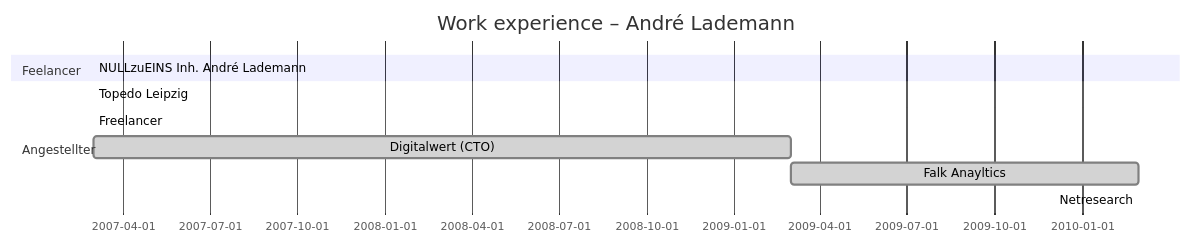
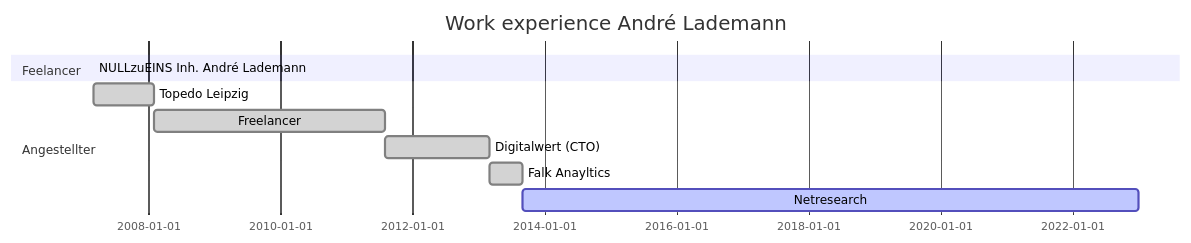
One commit to vergissberlin/vergissberlin changed the diagram in README.md. Above: the diagram before and after it, drawn with Mermaid.

````diff
--- a/README.md
+++ b/README.md
@@ -92,16 +92,15 @@
 ```mermaid
 gantt
-dateFormat  YYYY-MM
-title Work experience – André Lademann
+	dateFormat YYYY-MM-DD
+	title      Work experience André Lademann
 
 section Feelancer 
-NULLzuEINS Inh. André Lademann  :active,  free1, 2007-03, todayMarker
+	NULLzuEINS Inh. André Lademann  :active,  free1, 2007-03, today
 
 section Angestellter
-Topedo Leipzig            :done, des1, 2007-03-01, 2008-02-01
-Freelancer                :done, des2, after des1, 2011-08-01
-Digitalwert (CTO)         :done, des3, after des2, 2y
-Falk Anayltics            :done, des4, after des3,  1y
-Netresearch               :active, des5, after des4, todayMarker
-
+	Topedo Leipzig    :done, emp1, 2007-03-01, 2008-02-01
+	Freelancer        :done, emp2, after emp1, 2011-08-01
+	Digitalwert (CTO) :done, emp3, after emp2, 2013-03-01
+	Falk Anayltics    :done, emp4, after emp3, 2013-09-01
+	Netresearch       :active, des5, after emp4, 2022-12-31
 ```
````
